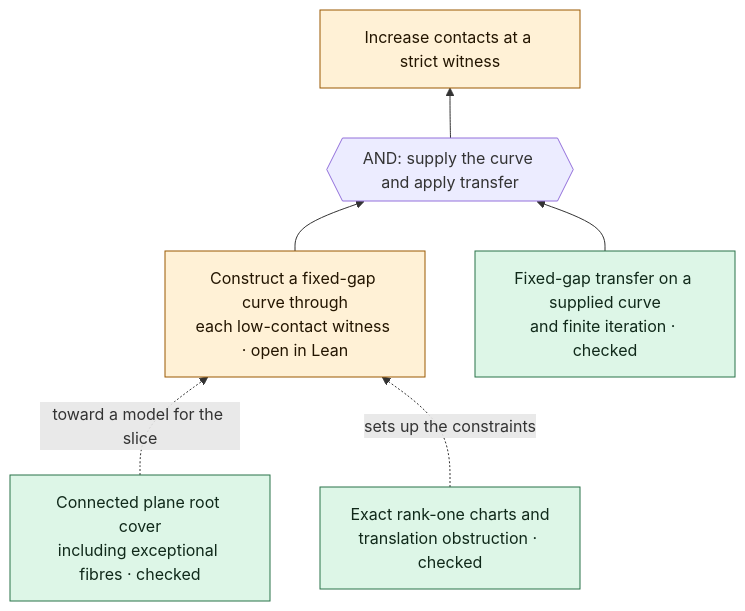
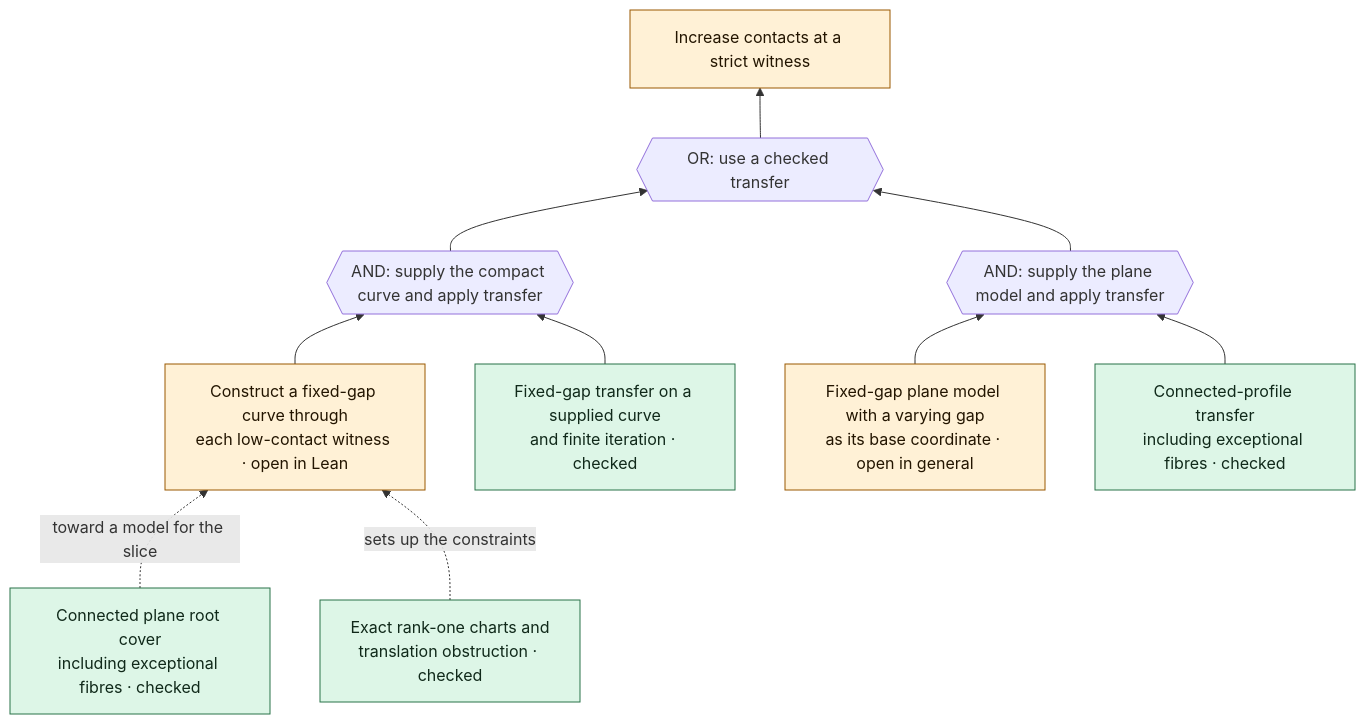
Before and after one commit to ascendnoosphere/MOC: the fourth of 4 diagrams in Lean/ProofTree.md, drawn with Mermaid. The commit also changed other lines of this file and 11 other files, not shown here.

````diff
--- a/Lean/ProofTree.md
+++ b/Lean/ProofTree.md
@@ -108,16 +108,24 @@
 ```mermaid
 flowchart BT
     TRANSFER["Increase contacts at a strict witness"]:::open
-    BOTH{{"AND: supply the curve and apply transfer"}}
+    ORC{{"OR: use a checked transfer"}}
+    BOTH{{"AND: supply the compact curve and apply transfer"}}
+    PLA{{"AND: supply the plane model and apply transfer"}}
+    MODEL["Fixed-gap plane model with a varying gap<br/>as its base coordinate · open in general"]:::open
+    STEP["Connected-profile transfer<br/>including exceptional fibres · checked"]:::checked
     SLICE["Construct a fixed-gap curve through<br/>each low-contact witness · open in Lean"]:::open
     FIXED["Fixed-gap transfer on a supplied curve<br/>and finite iteration · checked"]:::checked
     PLANE["Connected plane root cover<br/>including exceptional fibres · checked"]:::checked
     CHART["Exact rank-one charts and<br/>translation obstruction · checked"]:::checked
     PLANE -. toward a model for the slice .-> SLICE
     CHART -. sets up the constraints .-> SLICE
     SLICE --> BOTH
     FIXED --> BOTH
-    BOTH --> TRANSFER
+    BOTH --> ORC
+    MODEL --> PLA
+    STEP --> PLA
+    PLA --> ORC
+    ORC --> TRANSFER
     classDef open fill:#fff1d6,stroke:#9a5900,color:#231500
     classDef checked fill:#ddf6e7,stroke:#287348,color:#10291a
 ```
````
